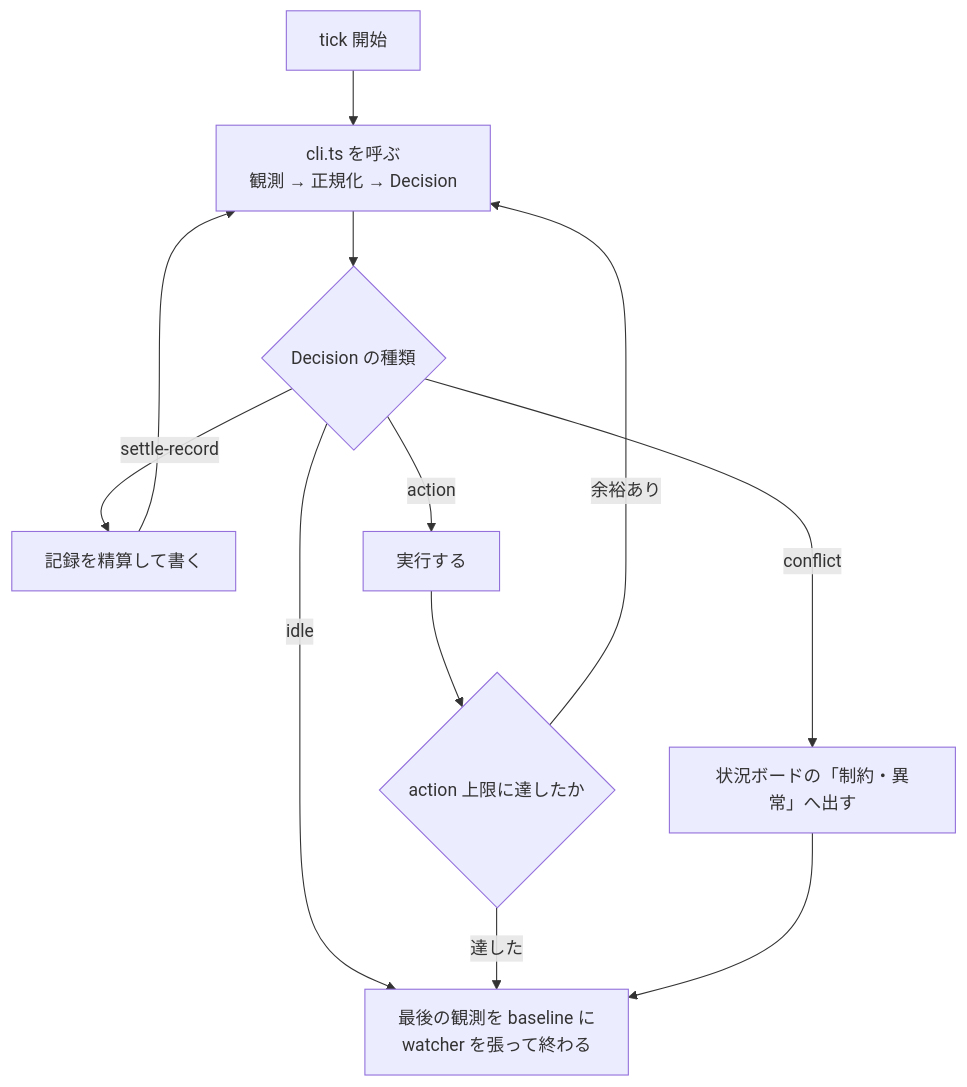
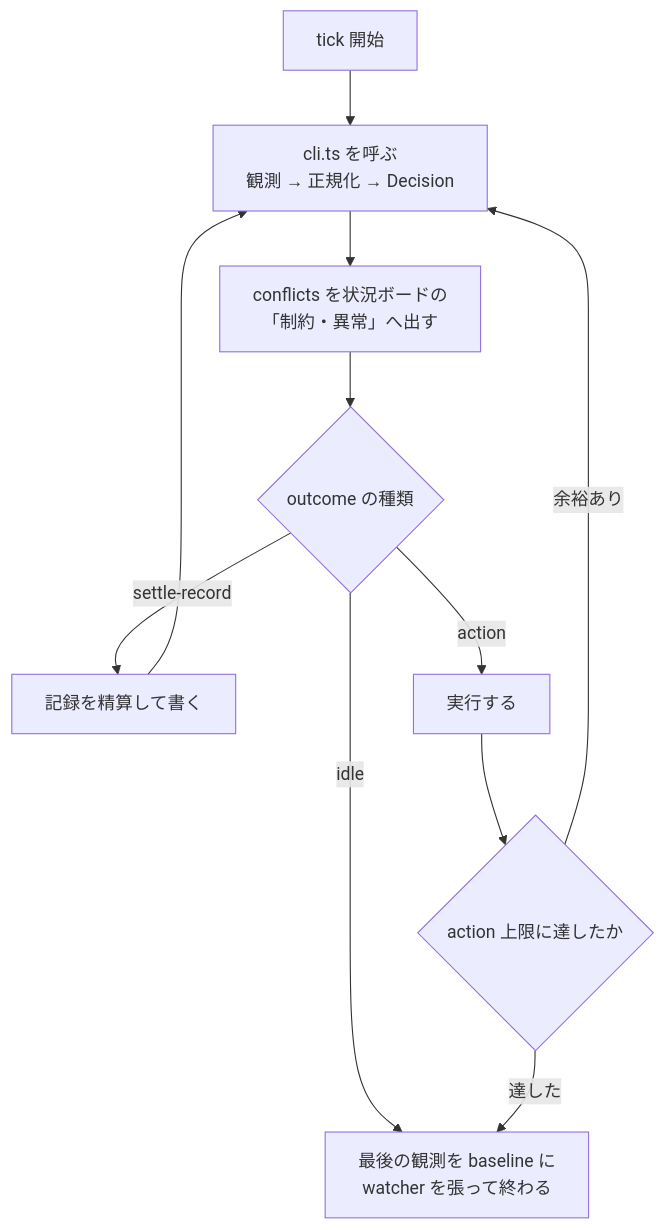
One commit to usagizmo/agentfiles changed the diagram in agents/skills/conductor/SKILL.md. Above: the diagram before and after it, drawn with Mermaid. The commit also changed other lines of this file and 10 other files, not shown here.

````diff
--- a/agents/skills/conductor/SKILL.md
+++ b/agents/skills/conductor/SKILL.md
@@ -144,14 +144,13 @@
 ```mermaid
 flowchart TD
     S[tick 開始] --> D[cli.ts を呼ぶ<br/>観測 → 正規化 → Decision]
-    D --> K{Decision の種類}
+    D --> C[conflicts を状況ボードの<br/>「制約・異常」へ出す]
+    C --> K{outcome の種類}
     K -->|settle-record| W[記録を精算して書く]
     W --> D
-    K -->|conflict| R[状況ボードの「制約・異常」へ出す]
     K -->|idle| END[最後の観測を baseline に<br/>watcher を張って終わる]
     K -->|action| DO[実行する]
     DO --> A{action 上限に達したか}
     A -->|達した| END
     A -->|余裕あり| D
-    R --> END
 ```
````
